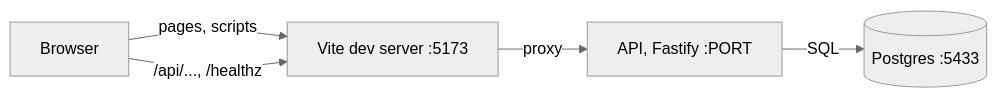
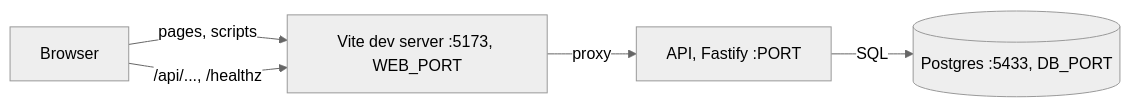
The diagram in docs/architecture.md (spencerolsen/eh-lab-orders-lite), drawn with Mermaid (neutral theme) before and after one commit. The commit also changed other lines of this file and 4 other files, not shown here.

````diff
--- a/docs/architecture.md
+++ b/docs/architecture.md
@@ -7,7 +7,7 @@
 ```mermaid
 flowchart LR
-  B[Browser] -->|pages, scripts| V[Vite dev server :5173]
+  B[Browser] -->|pages, scripts| V[Vite dev server :5173, WEB_PORT]
   B -->|/api/..., /healthz| V
   V -->|proxy| A[API, Fastify :PORT]
-  A -->|SQL| D[(Postgres :5433)]
+  A -->|SQL| D[(Postgres :5433, DB_PORT)]
 ```
````
